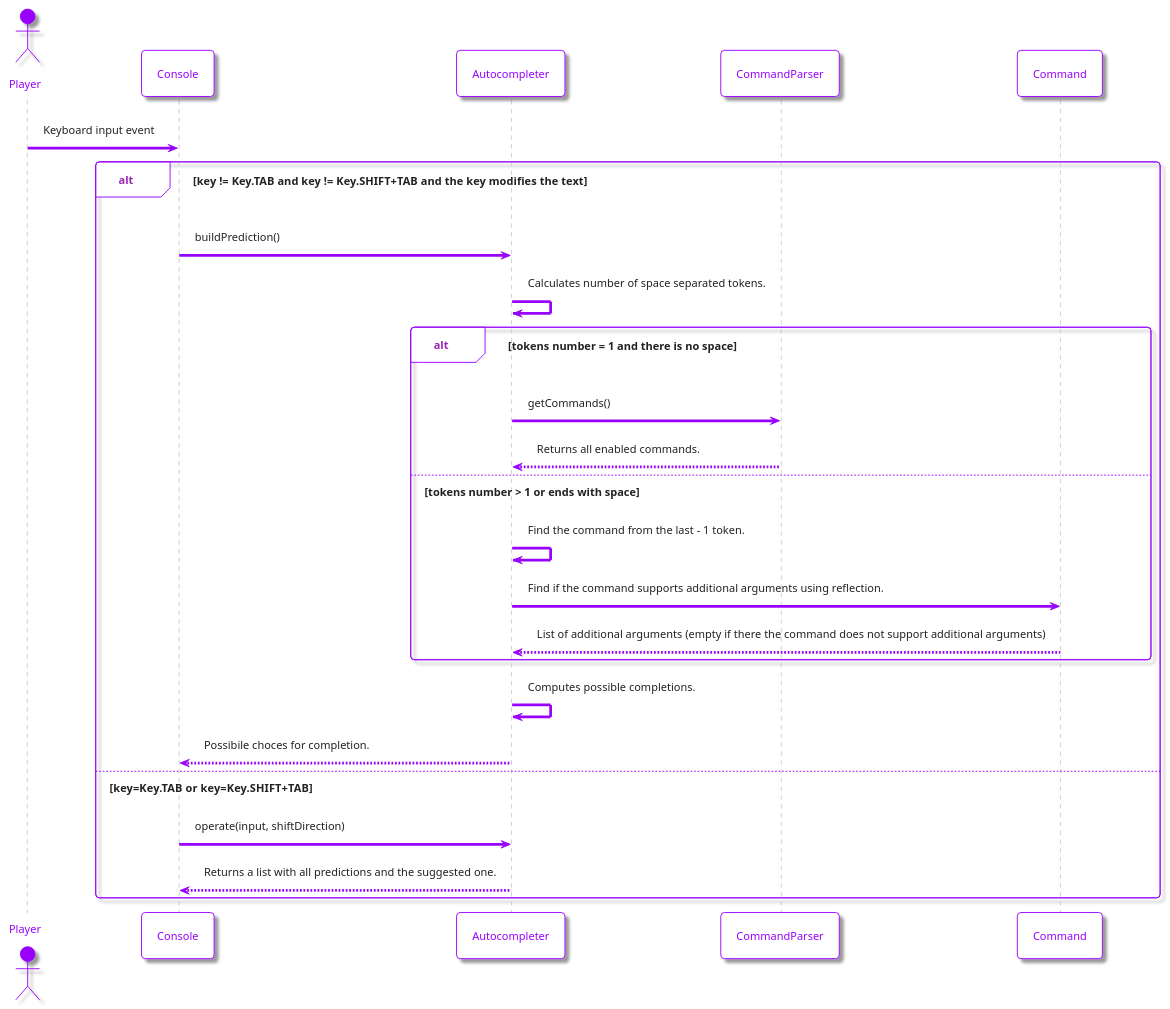
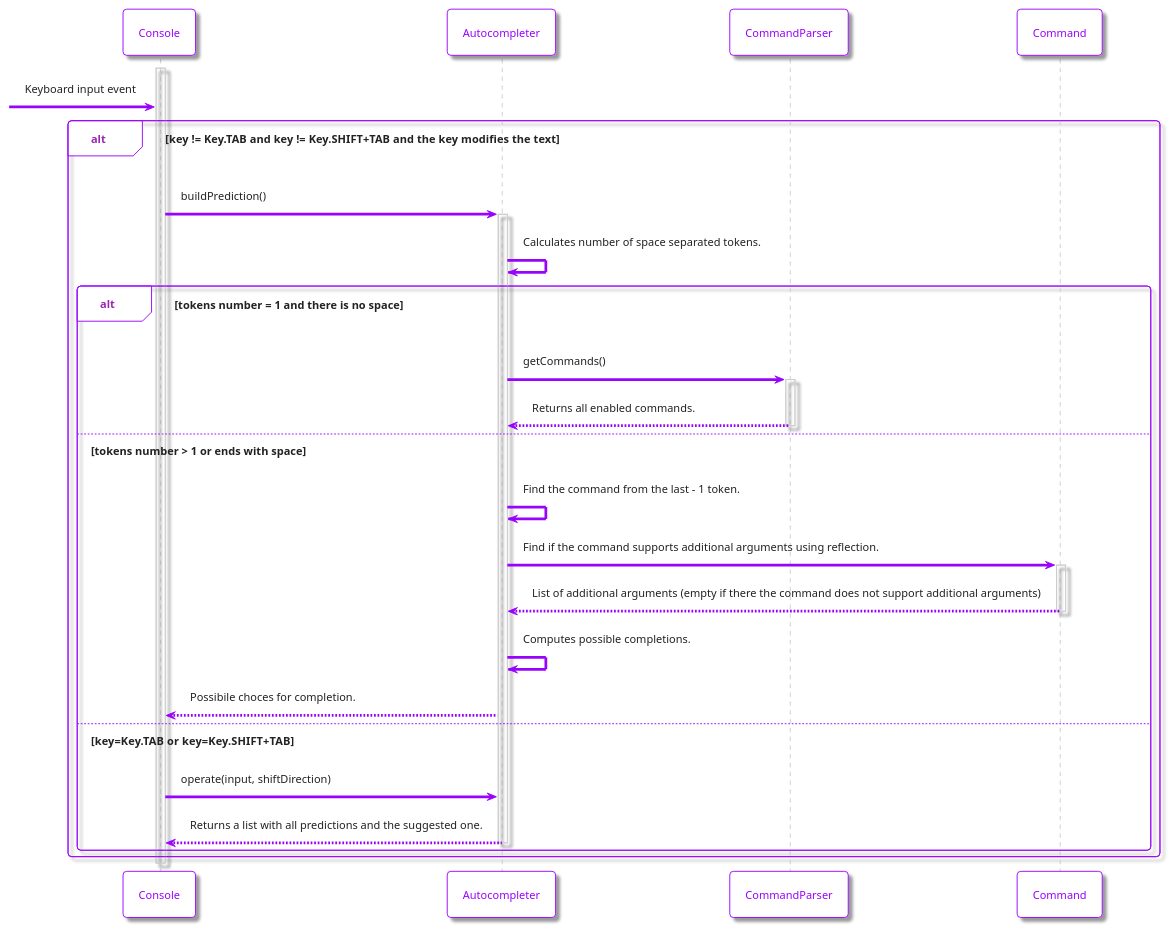
One commit to AlessioChecchin/text_adventure changed the diagram in docs/assets/autocompleter-sequence-diagram.puml. Above: the diagram before and after it, drawn with PlantUML. The commit also changed 1 other file, not shown here.

Commit message:
Changed autocompleter sequence diagram

```diff
--- a/docs/assets/autocompleter-sequence-diagram.puml
+++ b/docs/assets/autocompleter-sequence-diagram.puml
@@ -1,51 +1,56 @@
 @startuml
 !theme materia-outline
 
 skinparam ArrowColor #9803fc
 skinparam BackgroundColor #FFFFFF
 skinparam ArrowColor #9803fc
 skinparam ActorBorderColor #9803fc
 skinparam ActorFontColor #9803fc
 skinparam ActorBackgroundColor #9803fc
 skinparam ParticipantFontColor #9803fc
 skinparam ParticipantBorderColor #9803fc
 skinparam ParticipantBackgroundColor #FFFFFF
 skinparam {
  SequenceGroupBorderColor #9803fc
 }
 
-actor Player
 participant Console
 participant Autocompleter
 participant CommandParser
 participant Command
 
 
-
-Player -> Console: Keyboard input event
+activate Console
+-> Console: Keyboard input event
 alt key != Key.TAB and key != Key.SHIFT+TAB and the key modifies the text
   Console -> Autocompleter: buildPrediction()
+  activate Autocompleter
+
   Autocompleter -> Autocompleter: Calculates number of space separated tokens.
-
   alt tokens number = 1 and there is no space
     Autocompleter -> CommandParser: getCommands()
+    activate CommandParser
     CommandParser --> Autocompleter: Returns all enabled commands.
+    deactivate CommandParser
   else tokens number > 1 or ends with space
 
     Autocompleter -> Autocompleter: Find the command from the last - 1 token.
 
     Autocompleter -> Command: Find if the command supports additional arguments using reflection.
+    activate Command
     Command --> Autocompleter: List of additional arguments (empty if there the command does not support additional arguments)
-  end
+    deactivate Command
 
-  Autocompleter -> Autocompleter: Computes possible completions.
-
-  Autocompleter --> Console: Possibile choces for completion.
+    Autocompleter -> Autocompleter: Computes possible completions.
+    Autocompleter --> Console: Possibile choces for completion.
 
   else key=Key.TAB or key=Key.SHIFT+TAB
     Console -> Autocompleter: operate(input, shiftDirection)
     Autocompleter --> Console: Returns a list with all predictions and the suggested one.
+    deactivate Autocompleter
+
   end
-
+end
+deactivate Console
 
 @enduml
```
